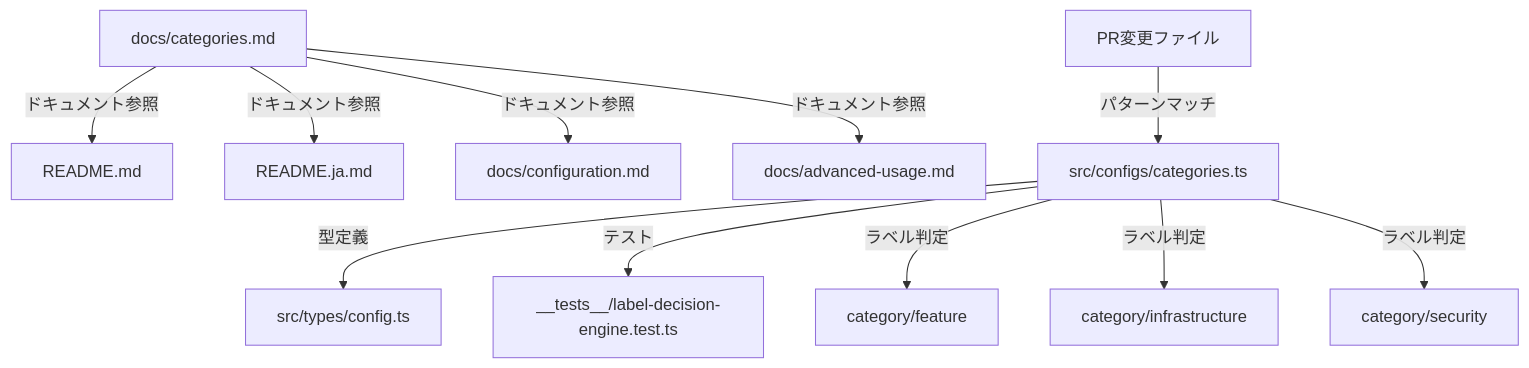
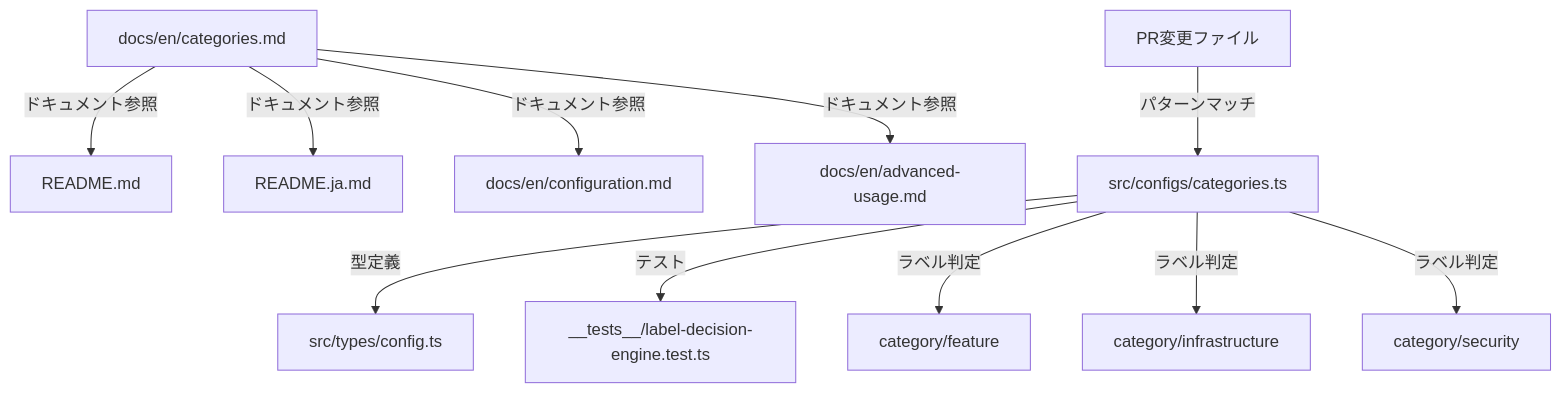
Before and after one commit to jey3dayo/pr-insights-labeler: the first of 2 diagrams in .kiro/specs/category-docs-and-new-categories/design.md, drawn with Mermaid. The commit also changed other lines of this file and 39 other files, not shown here.

````diff
--- a/.kiro/specs/category-docs-and-new-categories/design.md
+++ b/.kiro/specs/category-docs-and-new-categories/design.md
@@ -60,15 +60,15 @@
 ```mermaid
 graph TB
-    A[docs/categories.md] -->|ドキュメント参照| B[README.md]
+    A[docs/en/categories.md] -->|ドキュメント参照| B[README.md]
     A -->|ドキュメント参照| C[README.ja.md]
-    A -->|ドキュメント参照| D[docs/configuration.md]
-    A -->|ドキュメント参照| E[docs/advanced-usage.md]
+    A -->|ドキュメント参照| D[docs/en/configuration.md]
+    A -->|ドキュメント参照| E[docs/en/advanced-usage.md]
 
     F[src/configs/categories.ts] -->|型定義| G[src/types/config.ts]
     F -->|テスト| H[__tests__/label-decision-engine.test.ts]
 
     I[PR変更ファイル] -->|パターンマッチ| F
     F -->|ラベル判定| J[category/feature]
     F -->|ラベル判定| K[category/infrastructure]
     F -->|ラベル判定| L[category/security]
 ```
````
